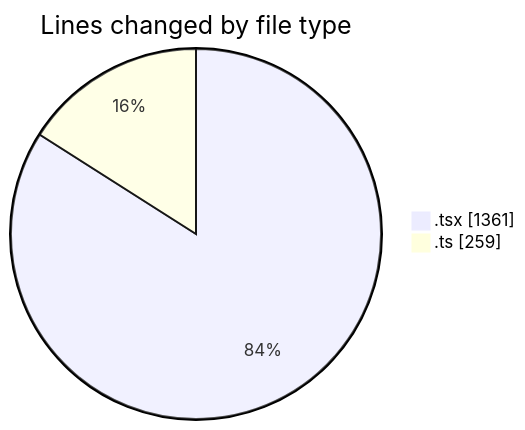
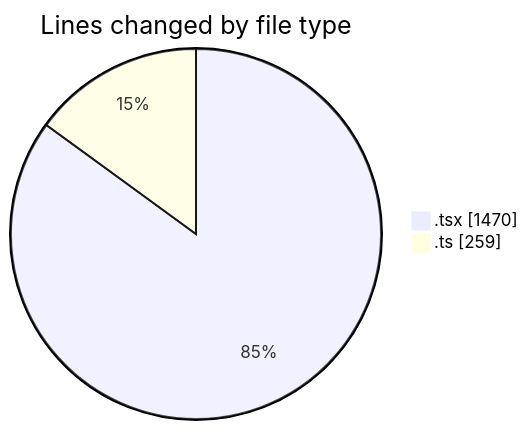
Before and after one commit to robertbonfada/code-tracking: the first of 2 diagrams in 2025-01-30/mbc-web/README.md, drawn with Mermaid. The commit also changed other lines of this file and 1 other file, not shown here.

````diff
--- a/2025-01-30/mbc-web/README.md
+++ b/2025-01-30/mbc-web/README.md
@@ -28,6 +28,6 @@
 ```mermaid
 pie showData
 title Lines changed by file type
-".tsx" : 1361
+".tsx" : 1470
 ".ts" : 259
 ```
````
